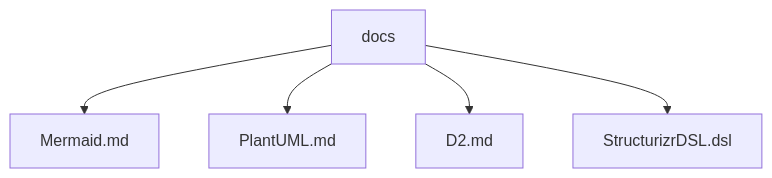
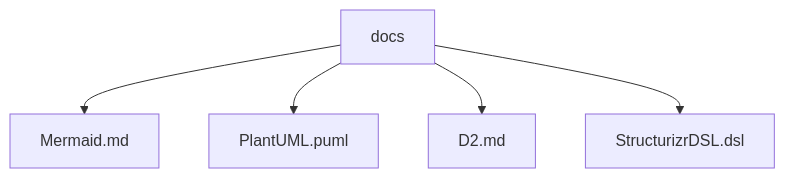
The diagram in docs/README.md (mttomaz/Spring-DAC), drawn with Mermaid before and after one commit. The commit also changed 1 other file, not shown here.

````diff
--- a/docs/README.md
+++ b/docs/README.md
@@ -1,7 +1,7 @@
 ```mermaid
 flowchart TD
   A[docs] --> B[Mermaid.md]
-  A[docs] --> C[PlantUML.md]
+  A[docs] --> C[PlantUML.puml]
   A[docs] --> D[D2.md]
   A[docs] --> E[StructurizrDSL.dsl]
 ```
````
